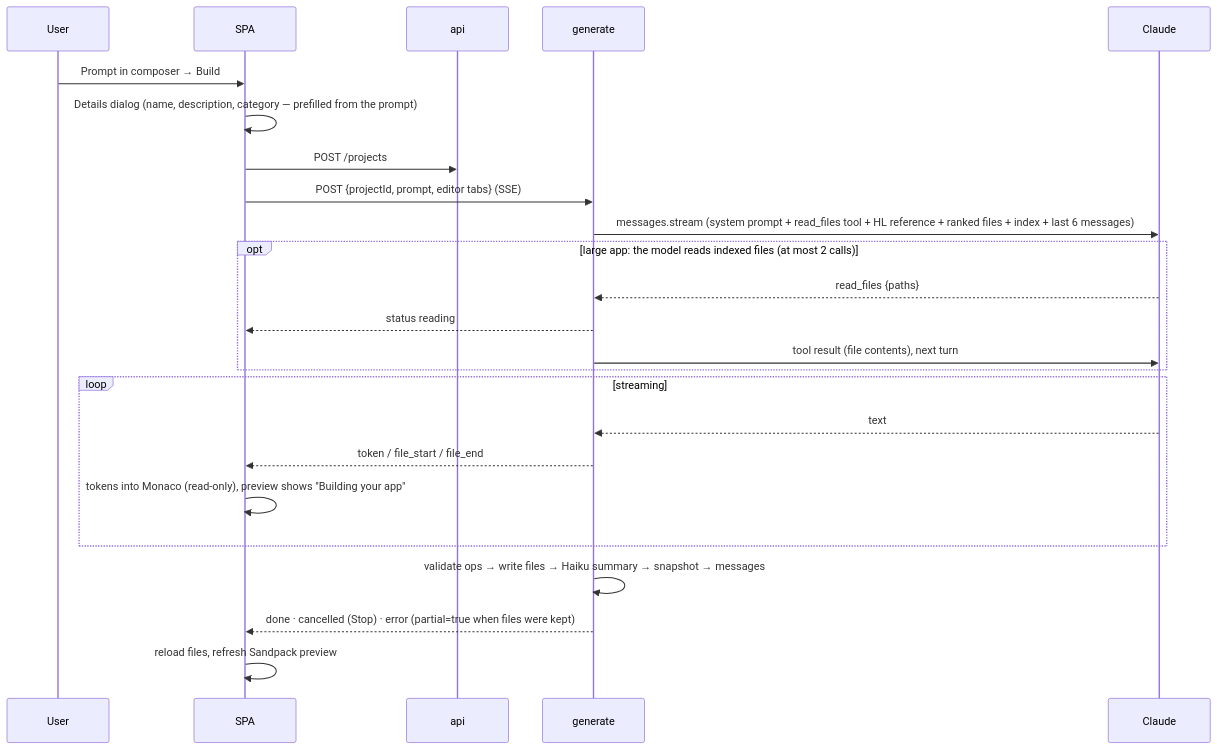
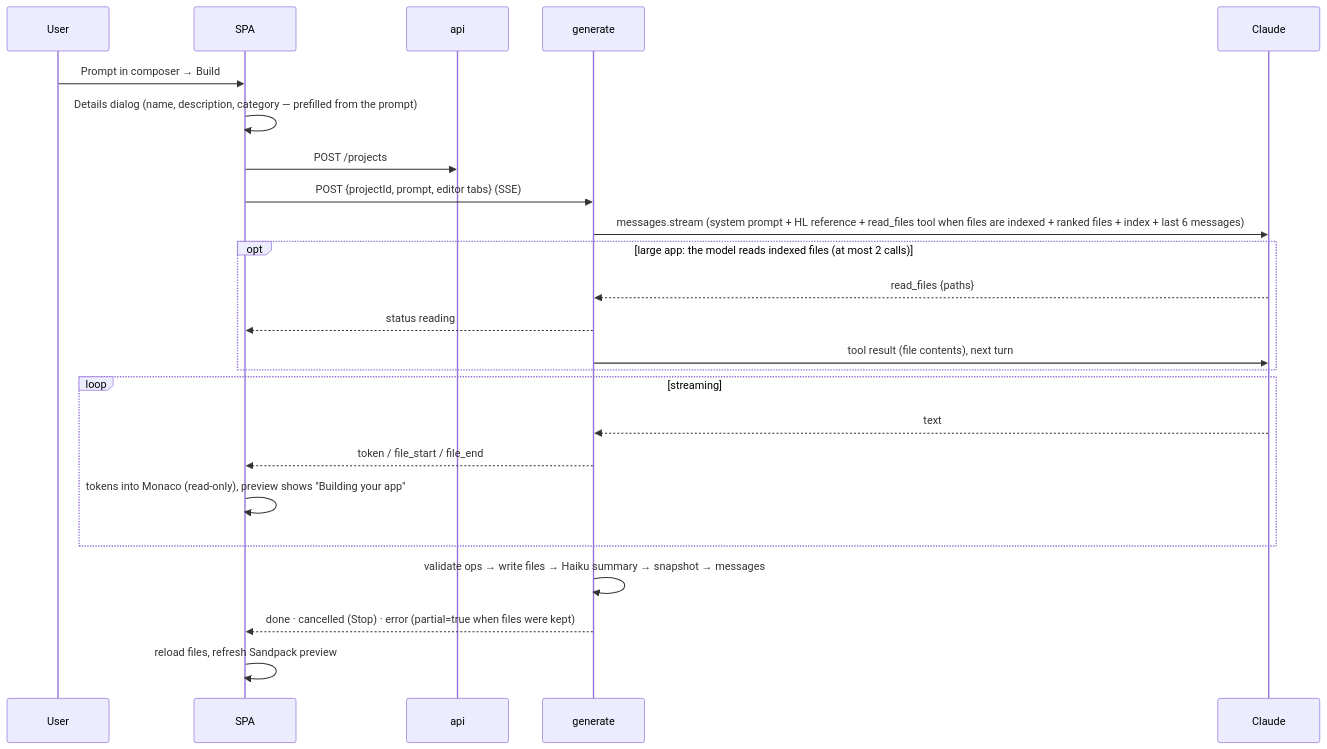
Before and after one commit to nirmalbenny/genesis: the fourth of 6 diagrams in docs/ARCHITECTURE.md, drawn with Mermaid. The commit also changed other lines of this file and 12 other files, not shown here.

First line of the commit message:
Harden the output parser; send read_files only when files are indexed (#8)

````diff
--- a/docs/ARCHITECTURE.md
+++ b/docs/ARCHITECTURE.md
@@ -271,26 +271,26 @@
 ```mermaid
 sequenceDiagram
   participant U as User
   participant SPA
   participant API as api
   participant G as generate
   participant CL as Claude
   U->>SPA: Prompt in composer → Build
   SPA->>SPA: Details dialog (name, description, category — prefilled from the prompt)
   SPA->>API: POST /projects
   SPA->>G: POST {projectId, prompt, editor tabs} (SSE)
-  G->>CL: messages.stream (system prompt + read_files tool + HL reference + ranked files + index + last 6 messages)
+  G->>CL: messages.stream (system prompt + HL reference + read_files tool when files are indexed + ranked files + index + last 6 messages)
   opt large app: the model reads indexed files (at most 2 calls)
     CL-->>G: read_files {paths}
     G-->>SPA: status reading
     G->>CL: tool result (file contents), next turn
   end
   loop streaming
     CL-->>G: text
     G-->>SPA: token / file_start / file_end
     SPA->>SPA: tokens into Monaco (read-only), preview shows "Building your app"
   end
   G->>G: validate ops → write files → Haiku summary → snapshot → messages
   G-->>SPA: done · cancelled (Stop) · error (partial=true when files were kept)
   SPA->>SPA: reload files, refresh Sandpack preview
 ```
````
